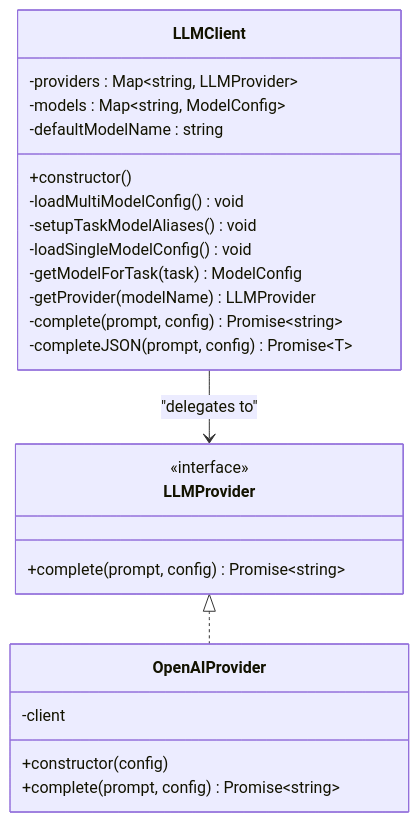
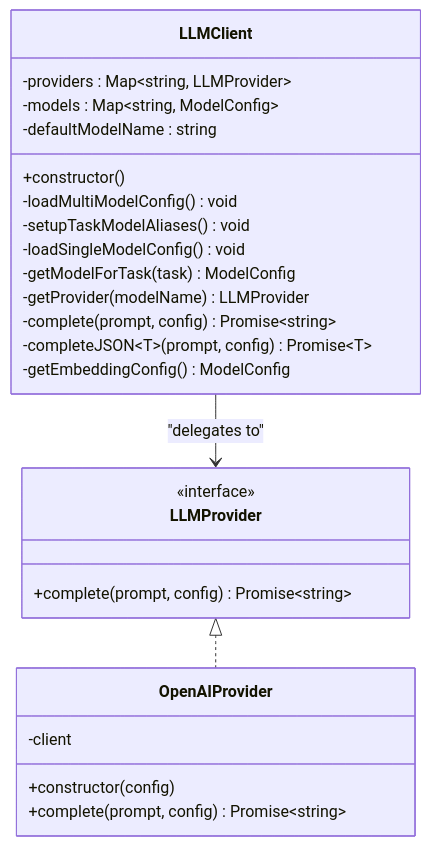
One commit to liwonder/NARRITIVE_OS changed the third of 7 diagrams in .qoder/repowiki/en/content/Engine Architecture/LLM Integration Layer.md. Above: the diagram before and after it, drawn with Mermaid. The commit also changed other lines of this file and 78 other files, not shown here.

First line of the commit message:
Add genres/skills; embedding & JSON truncation

````diff
--- a/.qoder/repowiki/en/content/Engine Architecture/LLM Integration Layer.md
+++ b/.qoder/repowiki/en/content/Engine Architecture/LLM Integration Layer.md
@@ -173,27 +194,28 @@
 ```mermaid
 classDiagram
 class LLMProvider {
 <<interface>>
 +complete(prompt, config) Promise~string~
 }
 class OpenAIProvider {
 -client
 +constructor(config)
 +complete(prompt, config) Promise~string~
 }
 class LLMClient {
 -providers : Map~string, LLMProvider~
 -models : Map~string, ModelConfig~
 -defaultModelName : string
 +constructor()
 -loadMultiModelConfig() void
 -setupTaskModelAliases() void
 -loadSingleModelConfig() void
 -getModelForTask(task) ModelConfig
 -getProvider(modelName) LLMProvider
 -complete(prompt, config) Promise~string~
--completeJSON(prompt, config) Promise~T~
+-completeJSON~T~(prompt, config) Promise~T~
+-getEmbeddingConfig() ModelConfig
 }
 LLMProvider <|.. OpenAIProvider
 LLMClient --> LLMProvider : "delegates to"
 ```
````
